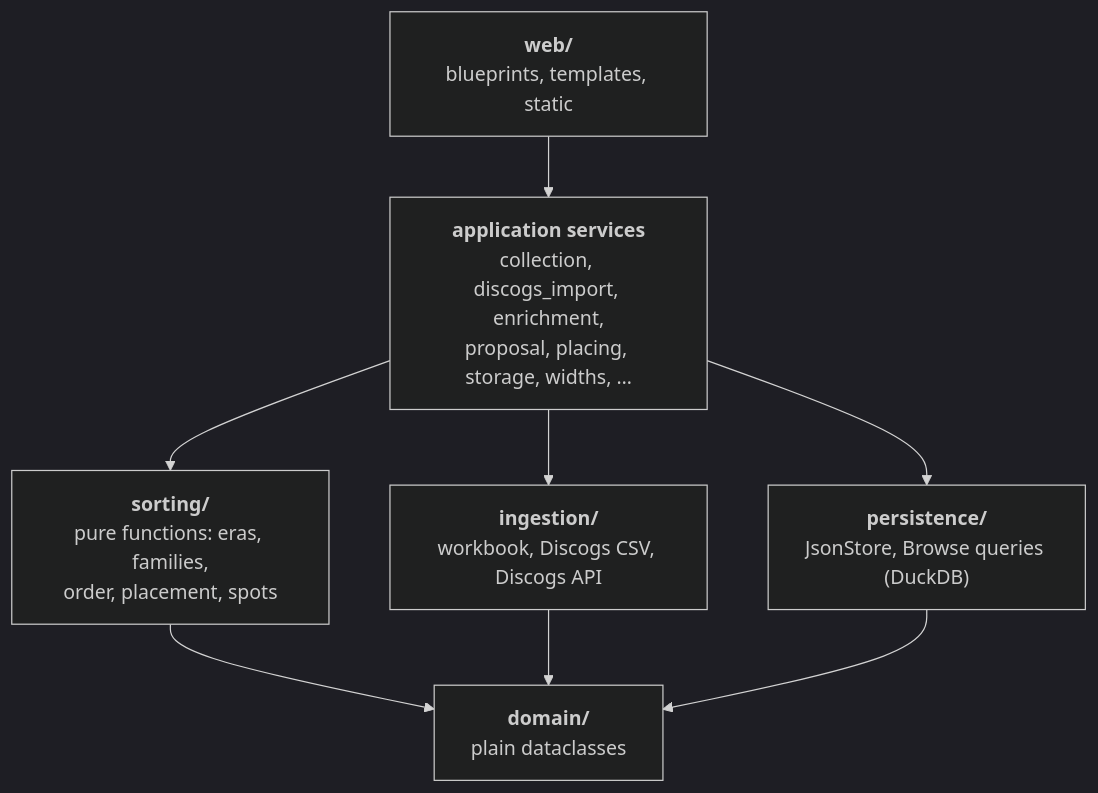
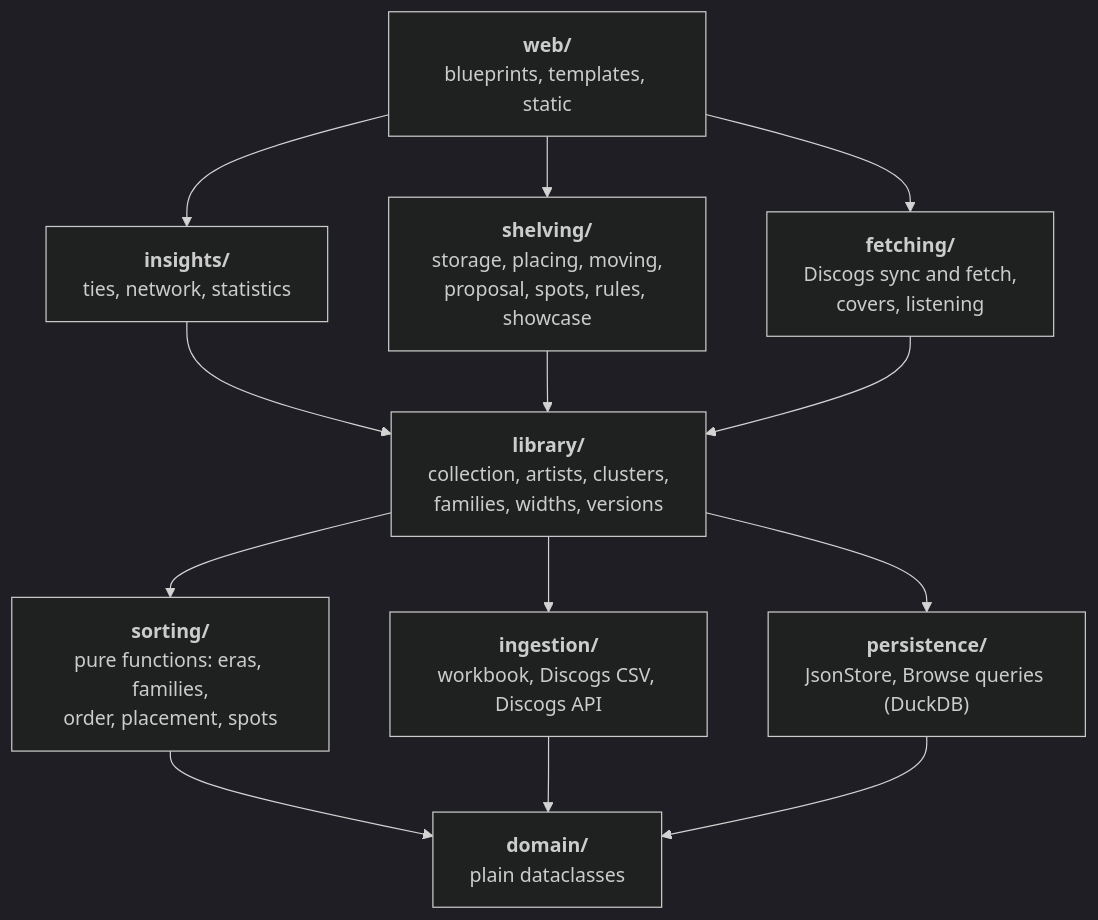
One commit to mark-me/sleeve-shelf changed the first of 2 diagrams in docs-site/docs/developer/architecture.md. Above: the diagram before and after it, drawn with Mermaid (dark theme). The commit also changed other lines of this file and 92 other files, not shown here.

````diff
--- a/docs-site/docs/developer/architecture.md
+++ b/docs-site/docs/developer/architecture.md
@@ -5,17 +5,25 @@
 ```mermaid
 flowchart TB
     web["<b>web/</b><br/>blueprints, templates, static"]
-    services["<b>application services</b><br/>collection, discogs_import, enrichment,<br/>proposal, placing, storage, widths, …"]
+    insights["<b>insights/</b><br/>ties, network, statistics"]
+    shelving["<b>shelving/</b><br/>storage, placing, moving,<br/>proposal, spots, rules, showcase"]
+    fetching["<b>fetching/</b><br/>Discogs sync and fetch,<br/>covers, listening"]
+    library["<b>library/</b><br/>collection, artists, clusters,<br/>families, widths, versions"]
     sorting["<b>sorting/</b><br/>pure functions: eras, families,<br/>order, placement, spots"]
     ingestion["<b>ingestion/</b><br/>workbook, Discogs CSV, Discogs API"]
     persistence["<b>persistence/</b><br/>JsonStore, Browse queries (DuckDB)"]
     domain["<b>domain/</b><br/>plain dataclasses"]
 
-    web --> services
-    services --> sorting
-    services --> ingestion
-    services --> persistence
+    web --> insights
+    web --> shelving
+    web --> fetching
+    insights --> library
+    shelving --> library
+    fetching --> library
+    library --> sorting
+    library --> ingestion
+    library --> persistence
     sorting --> domain
     ingestion --> domain
     persistence --> domain
 ```
````
